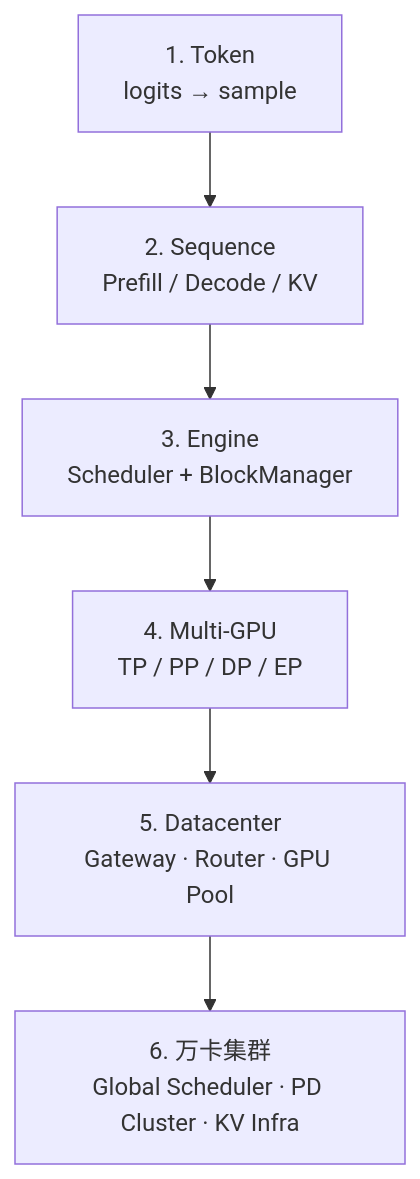
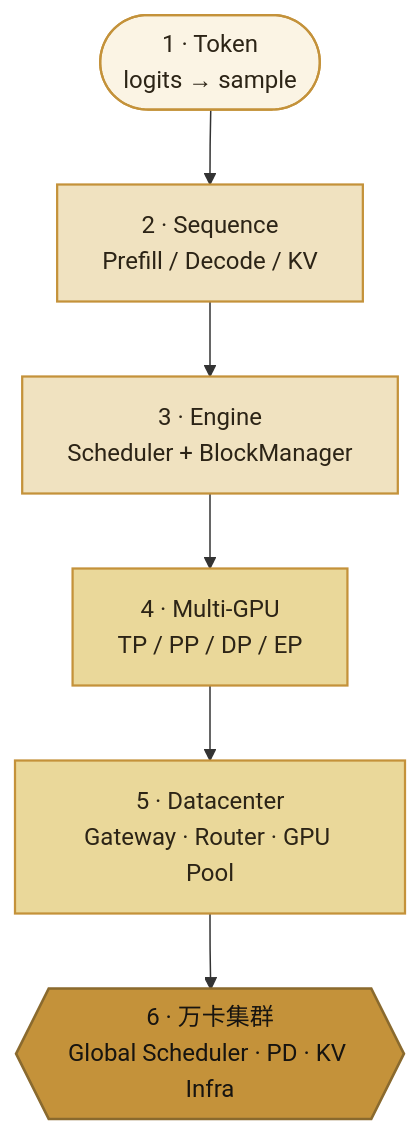
One commit to xiangel/llm-inference-course changed the first of 2 diagrams in src/content/docs/00-introduction/03-token-to-cluster.mdx. Above: the diagram before and after it, drawn with Mermaid. The commit also changed other lines of this file and 9 other files, not shown here.

First line of the commit message:
Restyle architecture diagrams to match the book palette

````diff
--- a/src/content/docs/00-introduction/03-token-to-cluster.mdx
+++ b/src/content/docs/00-introduction/03-token-to-cluster.mdx
@@ -95,8 +95,16 @@
 ```mermaid
 flowchart TB
-  T["1. Token<br/>logits → sample"] --> S["2. Sequence<br/>Prefill / Decode / KV"]
-  S --> E["3. Engine<br/>Scheduler + BlockManager"]
-  E --> MG["4. Multi-GPU<br/>TP / PP / DP / EP"]
-  MG --> DC["5. Datacenter<br/>Gateway · Router · GPU Pool"]
-  DC --> WK["6. 万卡集群<br/>Global Scheduler · PD Cluster · KV Infra"]
+  classDef client fill:#fbf4e4,stroke:#c4923a,color:#2c2416,stroke-width:1.5px
+  classDef control fill:#f0e2c0,stroke:#c4923a,color:#2c2416,stroke-width:1.5px
+  classDef compute fill:#ead89a,stroke:#c4923a,color:#2c2416,stroke-width:1.5px
+  classDef device fill:#c4923a,stroke:#8a6a2e,color:#171410,stroke-width:1.8px
+
+  T(["1 · Token<br/>logits → sample"]):::client
+  S["2 · Sequence<br/>Prefill / Decode / KV"]:::control
+  E["3 · Engine<br/>Scheduler + BlockManager"]:::control
+  MG["4 · Multi-GPU<br/>TP / PP / DP / EP"]:::compute
+  DC["5 · Datacenter<br/>Gateway · Router · GPU Pool"]:::compute
+  WK{{"6 · 万卡集群<br/>Global Scheduler · PD · KV Infra"}}:::device
+
+  T --> S --> E --> MG --> DC --> WK
 ```
````
